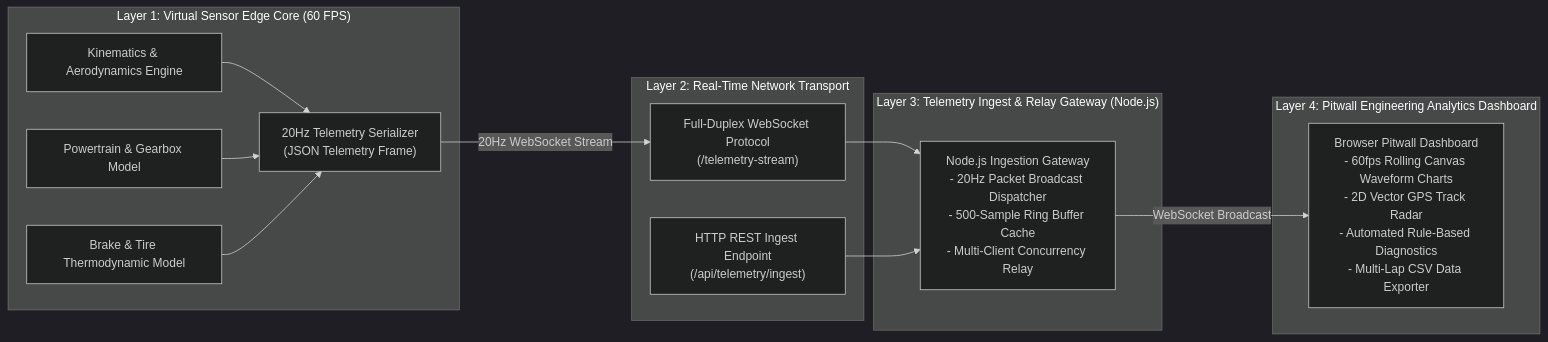
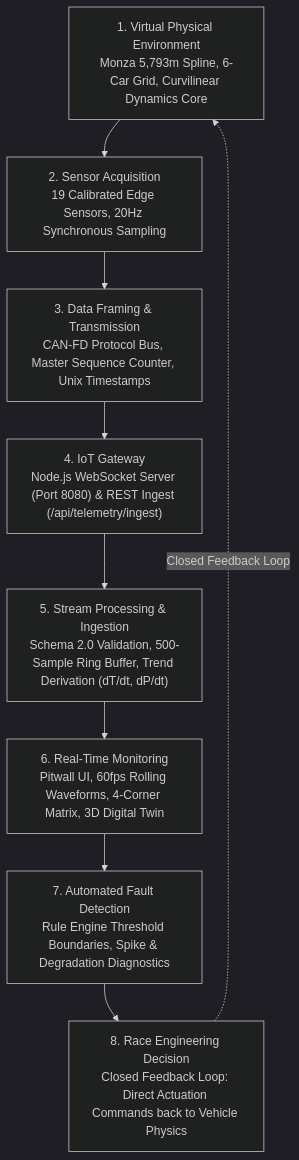
One commit to chandan-bk/f1-monza-iot-sim changed the diagram in docs/IOT_ARCHITECTURE.md. Above: the diagram before and after it, drawn with Mermaid (dark theme). The commit also changed other lines of this file and 27 other files, not shown here.

Commit message:
Upgrade to F1 IoT Telemetry & Intelligent Race Monitoring System 2.0

````diff
--- a/docs/IOT_ARCHITECTURE.md
+++ b/docs/IOT_ARCHITECTURE.md
@@ -9,29 +9,13 @@
 ```mermaid
-flowchart LR
-    subgraph Edge ["Layer 1: Virtual Sensor Edge Core (60 FPS)"]
-        S1["Kinematics & Aerodynamics Engine"]
-        S2["Powertrain & Gearbox Model"]
-        S3["Brake & Tire Thermodynamic Model"]
-        SAMPLER["20Hz Telemetry Serializer<br/>(JSON Telemetry Frame)"]
-        S1 --> SAMPLER
-        S2 --> SAMPLER
-        S3 --> SAMPLER
-    end
+flowchart TD
+    S1["1. Virtual Physical Environment<br/>Monza 5,793m Spline, 6-Car Grid, Curvilinear Dynamics Core"]
+    --> S2["2. Sensor Acquisition<br/>19 Calibrated Edge Sensors, 20Hz Synchronous Sampling"]
+    --> S3["3. Data Framing & Transmission<br/>CAN-FD Protocol Bus, Master Sequence Counter, Unix Timestamps"]
+    --> S4["4. IoT Gateway<br/>Node.js WebSocket Server (Port 8080) & REST Ingest (/api/telemetry/ingest)"]
+    --> S5["5. Stream Processing & Ingestion<br/>Schema 2.0 Validation, 500-Sample Ring Buffer, Trend Derivation (dT/dt, dP/dt)"]
+    --> S6["6. Real-Time Monitoring<br/>Pitwall UI, 60fps Rolling Waveforms, 4-Corner Matrix, 3D Digital Twin"]
+    --> S7["7. Automated Fault Detection<br/>Rule Engine Threshold Boundaries, Spike & Degradation Diagnostics"]
+    --> S8["8. Race Engineering Decision<br/>Closed Feedback Loop: Direct Actuation Commands back to Vehicle Physics"]
 
-    subgraph Transport ["Layer 2: Real-Time Network Transport"]
-        WS["Full-Duplex WebSocket Protocol<br/>(/telemetry-stream)"]
-        REST["HTTP REST Ingest Endpoint<br/>(/api/telemetry/ingest)"]
-        SAMPLER -->|20Hz WebSocket Stream| WS
-    end
-
-    subgraph Gateway ["Layer 3: Telemetry Ingest & Relay Gateway (Node.js)"]
-        GW["Node.js Ingestion Gateway<br/>- 20Hz Packet Broadcast Dispatcher<br/>- 500-Sample Ring Buffer Cache<br/>- Multi-Client Concurrency Relay"]
-        WS --> GW
-        REST --> GW
-    end
-
-    subgraph Presentation ["Layer 4: Pitwall Engineering Analytics Dashboard"]
-        DASH["Browser Pitwall Dashboard<br/>- 60fps Rolling Canvas Waveform Charts<br/>- 2D Vector GPS Track Radar<br/>- Automated Rule-Based Diagnostics<br/>- Multi-Lap CSV Data Exporter"]
-        GW -->|WebSocket Broadcast| DASH
-    end
+    S8 -.->|Closed Feedback Loop| S1
 ```
````
